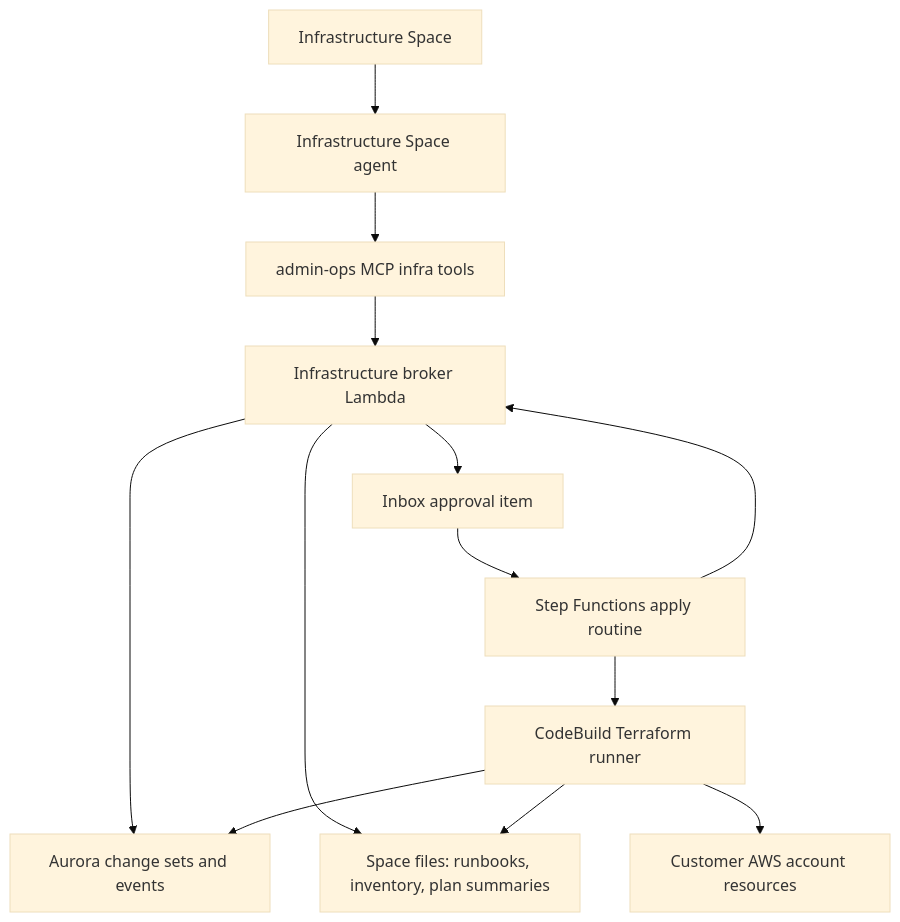
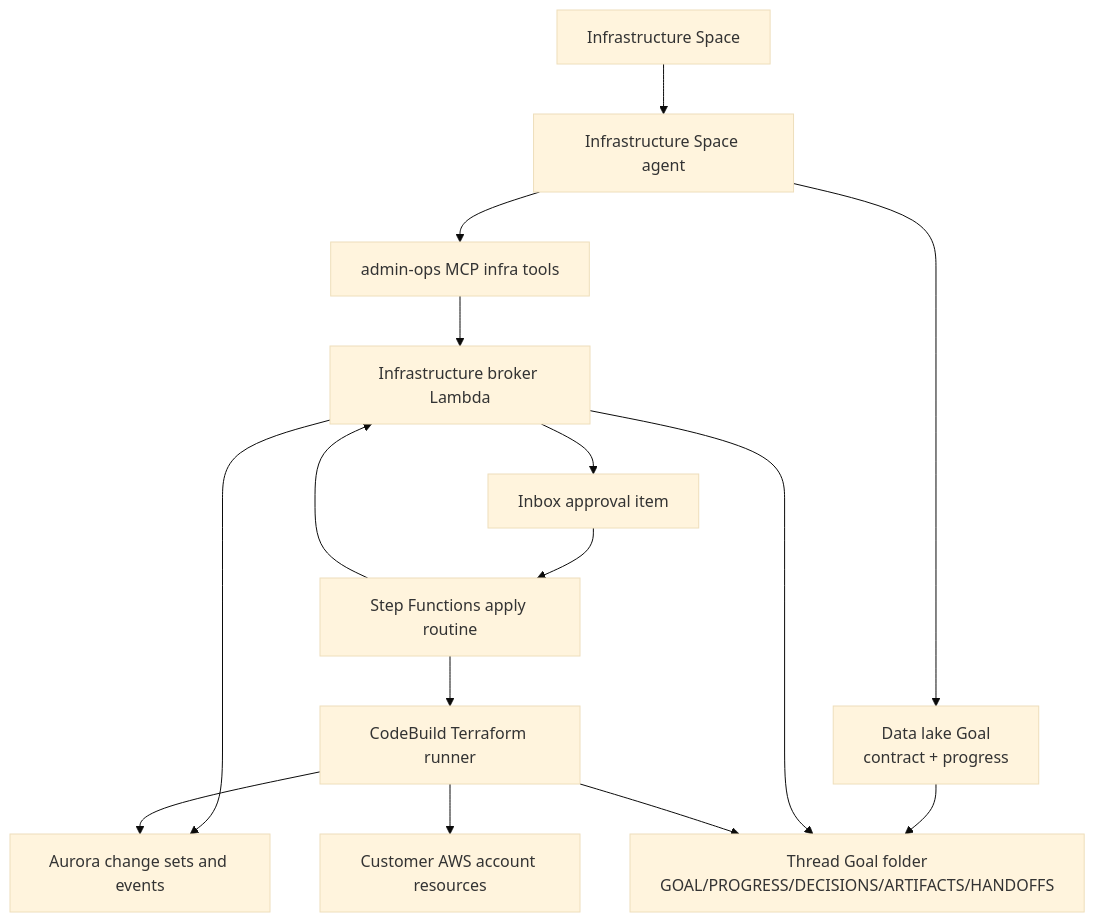
The first of 3 diagrams in docs/plans/2026-05-27-002-feat-infrastructure-space-aws-data-lake-plan.md (thinkwork-ai/thinkwork), drawn with Mermaid (base theme) before and after one commit. The commit also changed other lines of this file, not shown here.

Commit message:
docs: align AWS plan with goals substrate

````diff
--- a/docs/plans/2026-05-27-002-feat-infrastructure-space-aws-data-lake-plan.md
+++ b/docs/plans/2026-05-27-002-feat-infrastructure-space-aws-data-lake-plan.md
@@ -156,26 +161,29 @@
 ```mermaid
 flowchart TB
   Space["Infrastructure Space"]
   Agent["Infrastructure Space agent"]
   MCP["admin-ops MCP infra tools"]
+  Goal["Data lake Goal\ncontract + progress"]
   Broker["Infrastructure broker Lambda"]
   DB["Aurora change sets and events"]
   Inbox["Inbox approval item"]
   SFN["Step Functions apply routine"]
   CodeBuild["CodeBuild Terraform runner"]
   AWS["Customer AWS account resources"]
-  Workspace["Space files: runbooks, inventory, plan summaries"]
+  GoalFolder["Thread Goal folder\nGOAL/PROGRESS/DECISIONS/ARTIFACTS/HANDOFFS"]
 
   Space --> Agent
   Agent --> MCP
+  Agent --> Goal
+  Goal --> GoalFolder
   MCP --> Broker
   Broker --> DB
-  Broker --> Workspace
+  Broker --> GoalFolder
   Broker --> Inbox
   Inbox --> SFN
   SFN --> Broker
   SFN --> CodeBuild
   CodeBuild --> AWS
   CodeBuild --> DB
-  CodeBuild --> Workspace
+  CodeBuild --> GoalFolder
 ```
````
